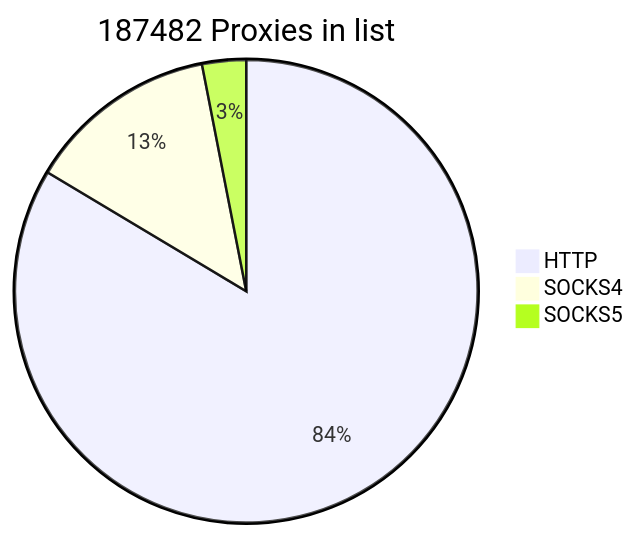
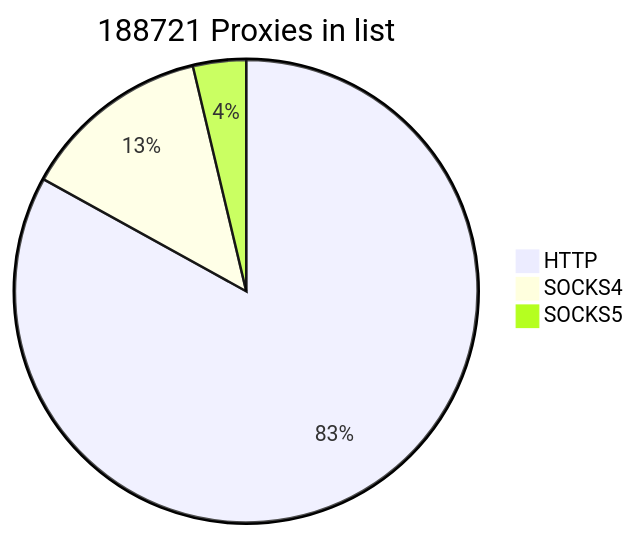
The first of 2 diagrams in README.md (cutipu/proxylist), drawn with Mermaid before and after one commit. The commit also changed other lines of this file, not shown here.

````diff
--- a/README.md
+++ b/README.md
@@ -2,7 +2,7 @@
 ```mermaid
-pie title 187482 Proxies in list
+pie title 188721 Proxies in list
     "HTTP" : 156703
     "SOCKS4" : 25022
-    "SOCKS5" : 5757
+    "SOCKS5" : 6996
             
 ```
````
